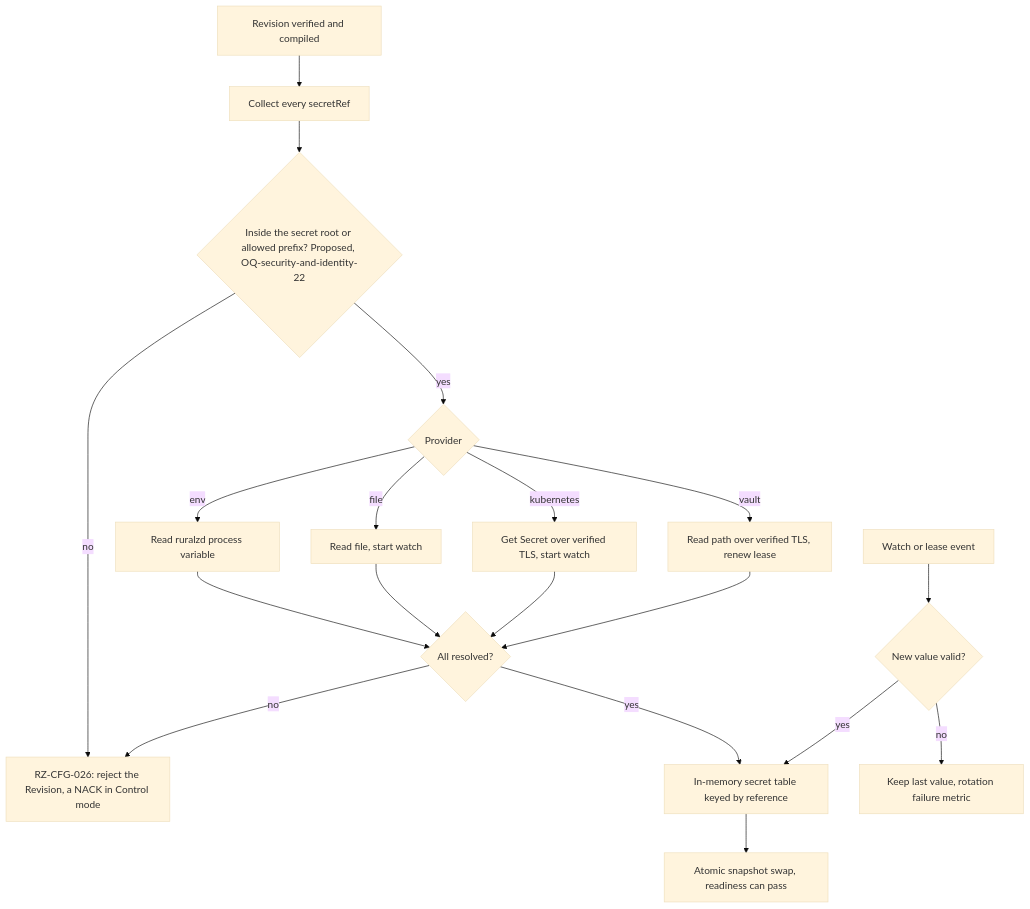
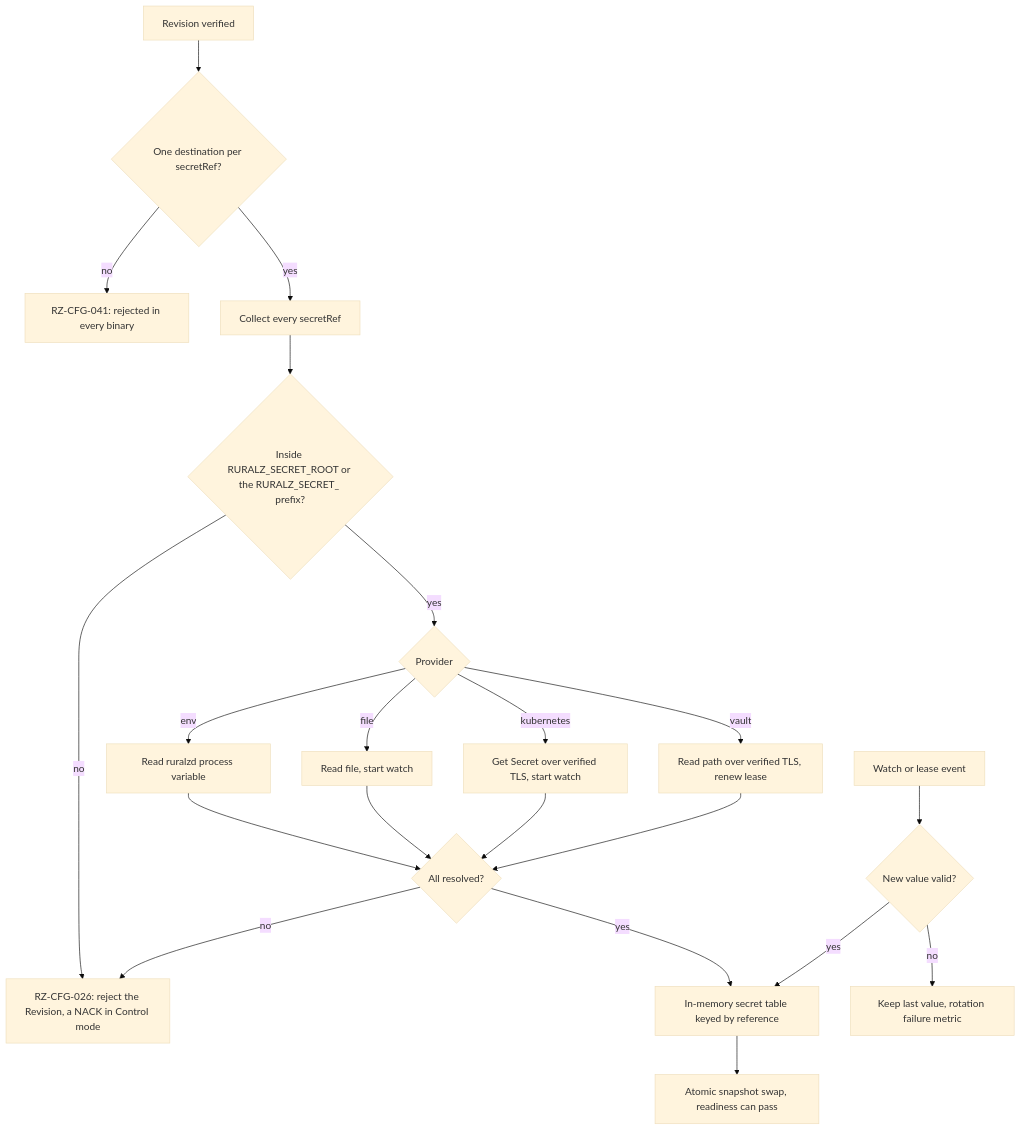
Before and after one commit to ravindu-rev/ruralz: the third of 3 diagrams in docs/architecture/08-security-and-identity.md, drawn with Mermaid (base theme). The commit also changed other lines of this file and 5552 other files, not shown here.

````diff
--- a/docs/architecture/08-security-and-identity.md
+++ b/docs/architecture/08-security-and-identity.md
@@ -396,21 +395,23 @@
 ```mermaid
 flowchart TD
-    A["Revision verified and compiled"] --> B["Collect every secretRef"]
-    B --> P{"Inside the secret root or allowed prefix? Proposed, OQ-security-and-identity-22"}
+    A["Revision verified"] --> D{"One destination per secretRef?"}
+    D -- "no" --> X["RZ-CFG-041: rejected in every binary"]
+    D -- "yes" --> B["Collect every secretRef"]
+    B --> P{"Inside RURALZ_SECRET_ROOT or the RURALZ_SECRET_ prefix?"}
     P -- "no" --> N
     P -- "yes" --> C{"Provider"}
     C -- "env" --> E1["Read ruralzd process variable"]
     C -- "file" --> E2["Read file, start watch"]
     C -- "kubernetes" --> E3["Get Secret over verified TLS, start watch"]
     C -- "vault" --> E4["Read path over verified TLS, renew lease"]
     E1 --> R{"All resolved?"}
     E2 --> R
     E3 --> R
     E4 --> R
     R -- "no" --> N["RZ-CFG-026: reject the Revision, a NACK in Control mode"]
     R -- "yes" --> M["In-memory secret table keyed by reference"]
     M --> S["Atomic snapshot swap, readiness can pass"]
     W["Watch or lease event"] --> V{"New value valid?"}
     V -- "yes" --> M
     V -- "no" --> K["Keep last value, rotation failure metric"]
 ```
````
